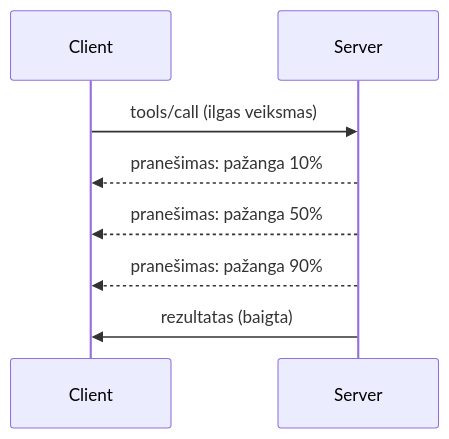
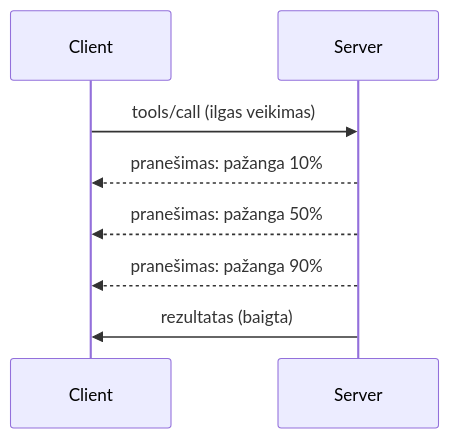
Before and after one commit to HIDORAKAI002/ai-workspace-archive: the diagram in mcp_ecosystem__model_context_protocol/mcp_learning_resources/mcp-for-beginners/translations/lt/05-AdvancedTopics/mcp-protocol-features/README.md, drawn with Mermaid. The commit also changed other lines of this file and 1046 other files, not shown here.

````diff
--- a/mcp_ecosystem__model_context_protocol/mcp_learning_resources/mcp-for-beginners/translations/lt/05-AdvancedTopics/mcp-protocol-features/README.md
+++ b/mcp_ecosystem__model_context_protocol/mcp_learning_resources/mcp-for-beginners/translations/lt/05-AdvancedTopics/mcp-protocol-features/README.md
@@ -22,11 +24,11 @@
 ```mermaid
 sequenceDiagram
     participant Client
     participant Server
     
-    Client->>Server: tools/call (ilgas veiksmas)
+    Client->>Server: tools/call (ilgas veikimas)
     Server-->>Client: pranešimas: pažanga 10%
     Server-->>Client: pranešimas: pažanga 50%
     Server-->>Client: pranešimas: pažanga 90%
     Server->>Client: rezultatas (baigta)
 ```
````
